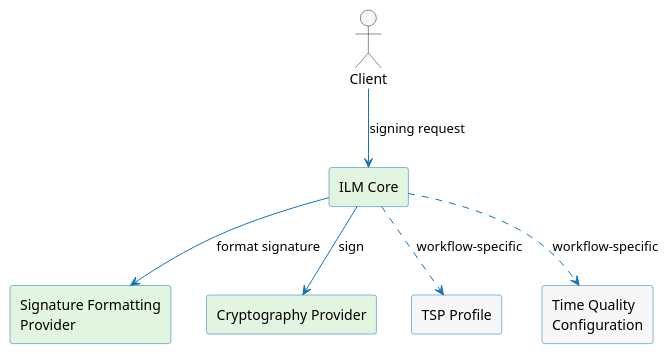
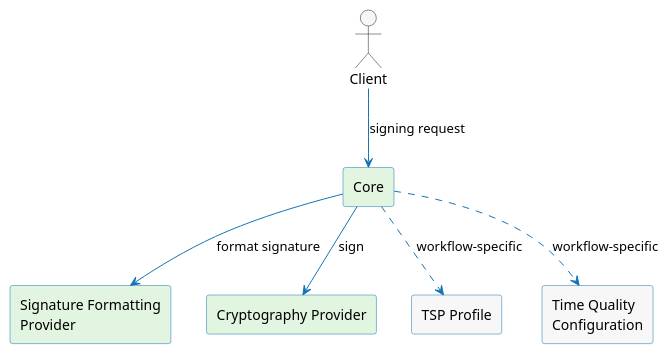
The diagram in docs/signing/concepts.md (CZERTAINLY/CZERTAINLY-Documentation), drawn with PlantUML before and after one commit. The commit also changed other lines of this file and 49 other files, not shown here.

````diff
--- a/docs/signing/concepts.md
+++ b/docs/signing/concepts.md
@@ -21,23 +21,23 @@
 ```plantuml
 @startuml
 skinparam ArrowColor #1573B5
 skinparam ComponentBorderColor #1573B5
 skinparam CollectionsBorderColor #1573B5
 skinparam NoteBackgroundColor #F7F7F7
 skinparam defaultFontName sans-serif
 skinparam componentStyle rectangle
 
 actor "Client" as Client #F7F7F7
-component "ILM Core" as Core #E1F5E0
+component "Core" as Core #E1F5E0
 component "Signature Formatting\nProvider" as Formatter #E1F5E0
 component "Cryptography Provider" as Token #E1F5E0
 component "TSP Profile" as TSP #F7F7F7
 component "Time Quality\nConfiguration" as TQC #F7F7F7
 
 Client -[#1573B5]-> Core : signing request
 Core -[#1573B5]-> Formatter : format signature
 Core -[#1573B5]-> Token : sign
 Core -[#1573B5,dashed]-> TSP : workflow-specific
 Core -[#1573B5,dashed]-> TQC : workflow-specific
 @enduml
 ```
````
